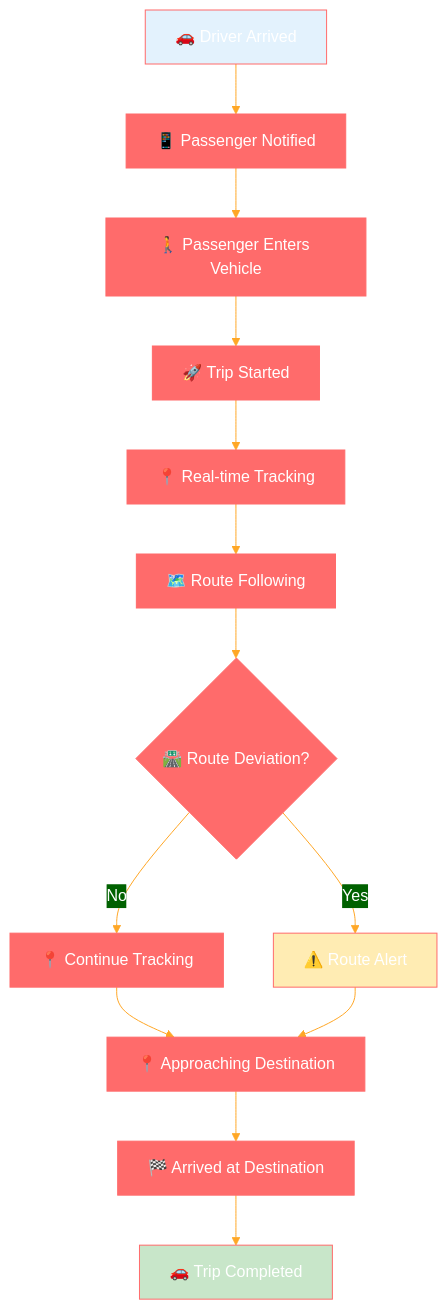
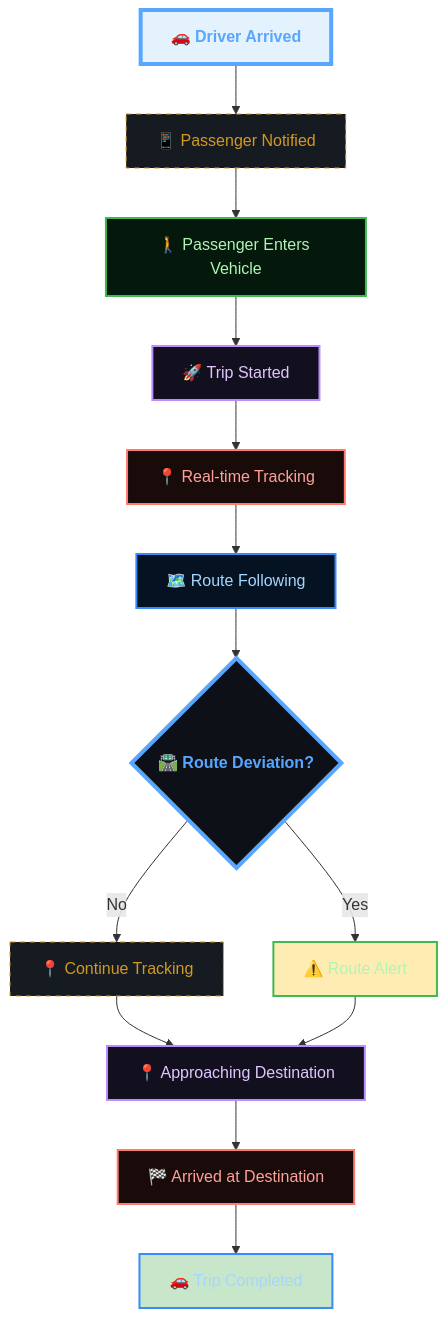
One commit to abdoElHodaky/transportapp changed the ninth of 19 diagrams in docs/user-journeys/passenger-flow.md. Above: the diagram before and after it, drawn with Mermaid. The commit also changed other lines of this file and 9 other files, not shown here.

````diff
--- a/docs/user-journeys/passenger-flow.md
+++ b/docs/user-journeys/passenger-flow.md
@@ -334,20 +568,54 @@
 ```mermaid
-%%{init: {'theme':'base', 'themeVariables': {'primaryColor':'#ff6b6b','primaryTextColor':'#fff','primaryBorderColor':'#ff6b6b','lineColor':'#ffa726','sectionBkgColor':'#ff6b6b','altSectionBkgColor':'#fff','gridColor':'#fff','secondaryColor':'#006100','tertiaryColor':'#fff'}}}%%
 flowchart TD
     A[🚗 Driver Arrived] --> B[📱 Passenger Notified]
     B --> C[🚶 Passenger Enters Vehicle]
     C --> D[🚀 Trip Started]
     D --> E[📍 Real-time Tracking]
     E --> F[🗺️ Route Following]
     F --> G{🛣️ Route Deviation?}
     G -->|No| H[📍 Continue Tracking]
     G -->|Yes| I[⚠️ Route Alert]
     H --> J[📍 Approaching Destination]
     I --> J
     J --> K[🏁 Arrived at Destination]
     K --> L[🚗 Trip Completed]
     
     style A fill:#e3f2fd
     style L fill:#c8e6c9
     style I fill:#ffecb3
+
+    %% --- DARK GRADIENT & GLOW STYLING ---
+    
+    %% Main Dashboard (Neon Cyan/Blue)
+    classDef main fill:#0d1117,stroke:#58a6ff,stroke-width:4px,color:#58a6ff,font-weight:bold;
+    
+    %% Decision Diamond (Gold Glow)
+    classDef decision fill:#161b22,stroke:#d29922,color:#d29922,stroke-dasharray: 5 5;
+    
+    %% Revenue (Emerald Gradient Style)
+    classDef revNode fill:#04190b,stroke:#3fb950,color:#aff5b4,stroke-width:2px;
+    
+    %% Commission (Purple Gradient Style)
+    classDef commNode fill:#12101e,stroke:#bc8cff,color:#e2c5ff,stroke-width:2px;
+    
+    %% Refund (Ruby Gradient Style)
+    classDef refNode fill:#1a0b0b,stroke:#ff7b72,color:#ffa198,stroke-width:2px;
+    
+    %% Earnings (Sapphire Gradient Style)
+    classDef earnNode fill:#051221,stroke:#388bfd,color:#a5d6ff,stroke-width:2px;
+
+    class A main;
+    class B decision;
+    class C revNode;
+    class D commNode;
+    class E refNode;
+    class F earnNode;
+    class G main;
+    class H decision;
+    class I revNode;
+    class J commNode;
+    class K refNode;
+    class L earnNode;
+    class N main;
+    class Y decision;
 ```
````
